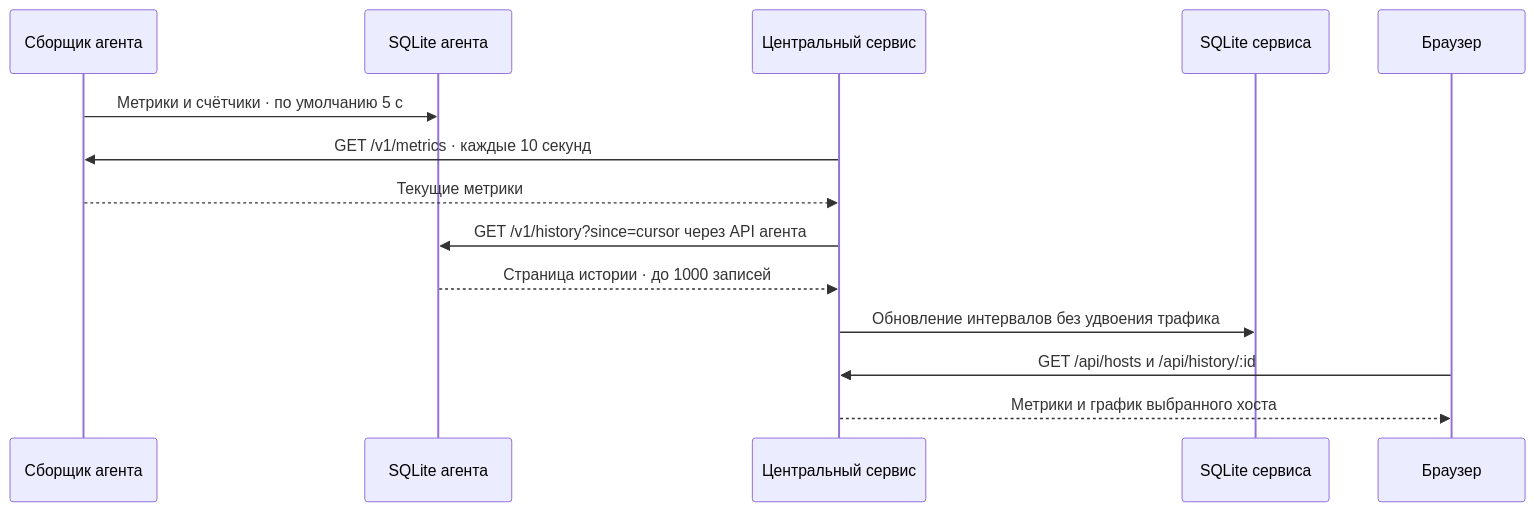
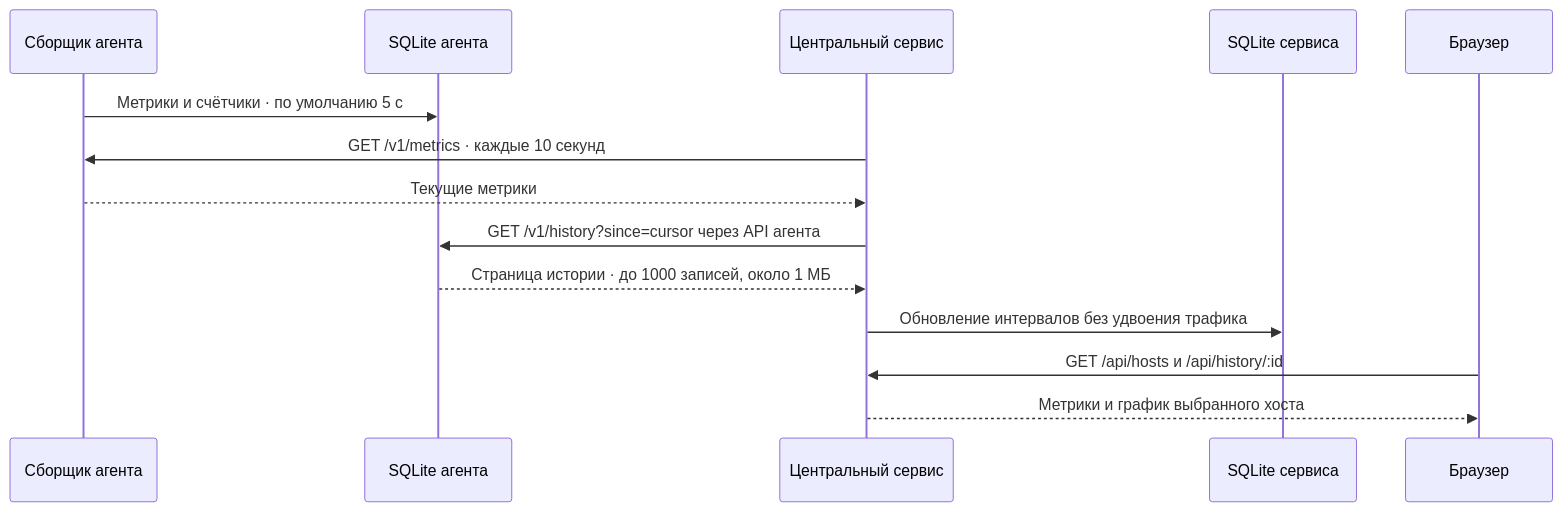
The second of 3 diagrams in docs/architecture.md (nikitakiselev/homelab-dashboard), drawn with Mermaid before and after one commit. The commit also changed other lines of this file and 28 other files, not shown here.

````diff
--- a/docs/architecture.md
+++ b/docs/architecture.md
@@ -31,16 +31,16 @@
 ```mermaid
 sequenceDiagram
     participant C as Сборщик агента
     participant D as SQLite агента
     participant S as Центральный сервис
     participant H as SQLite сервиса
     participant U as Браузер
     C->>D: Метрики и счётчики · по умолчанию 5 с
     S->>C: GET /v1/metrics · каждые 10 секунд
     C-->>S: Текущие метрики
     S->>D: GET /v1/history?since=cursor через API агента
-    D-->>S: Страница истории · до 1000 записей
+    D-->>S: Страница истории · до 1000 записей, около 1 МБ
     S->>H: Обновление интервалов без удвоения трафика
     U->>S: GET /api/hosts и /api/history/:id
     S-->>U: Метрики и график выбранного хоста
 ```
````
